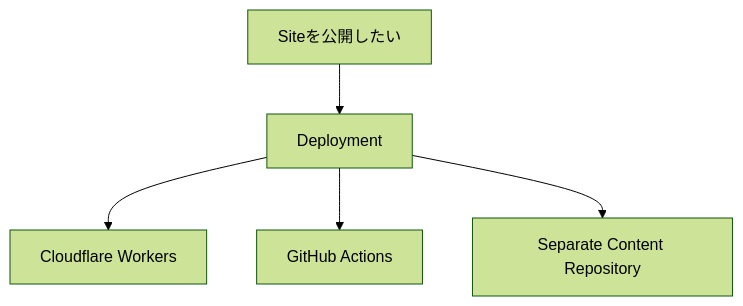
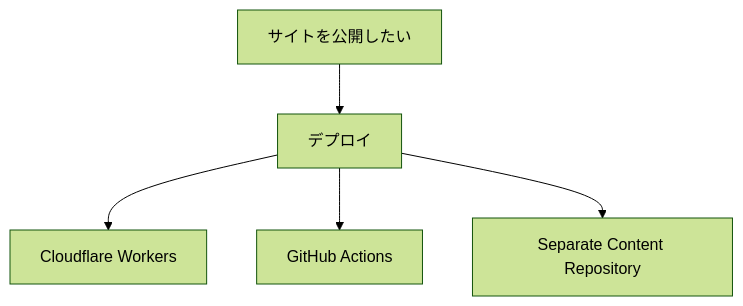
One commit to Rerurate514/riebeckite changed the second of 2 diagrams in docs/docs/guides/README.ja.md. Above: the diagram before and after it, drawn with Mermaid (forest theme). The commit also changed other lines of this file and 310 other files, not shown here.

````diff
--- a/docs/docs/guides/README.ja.md
+++ b/docs/docs/guides/README.ja.md
@@ -88,10 +87,10 @@
 ```mermaid id="kb66ux"
 flowchart TD
-    Deploy["Siteを公開したい"]
+    Deploy["サイトを公開したい"]
 
-    Deploy --> Overview["Deployment"]
+    Deploy --> Overview["デプロイ"]
 
     Overview --> Workers["Cloudflare Workers"]
     Overview --> Actions["GitHub Actions"]
     Overview --> Separate["Separate Content Repository"]
 ```
````
